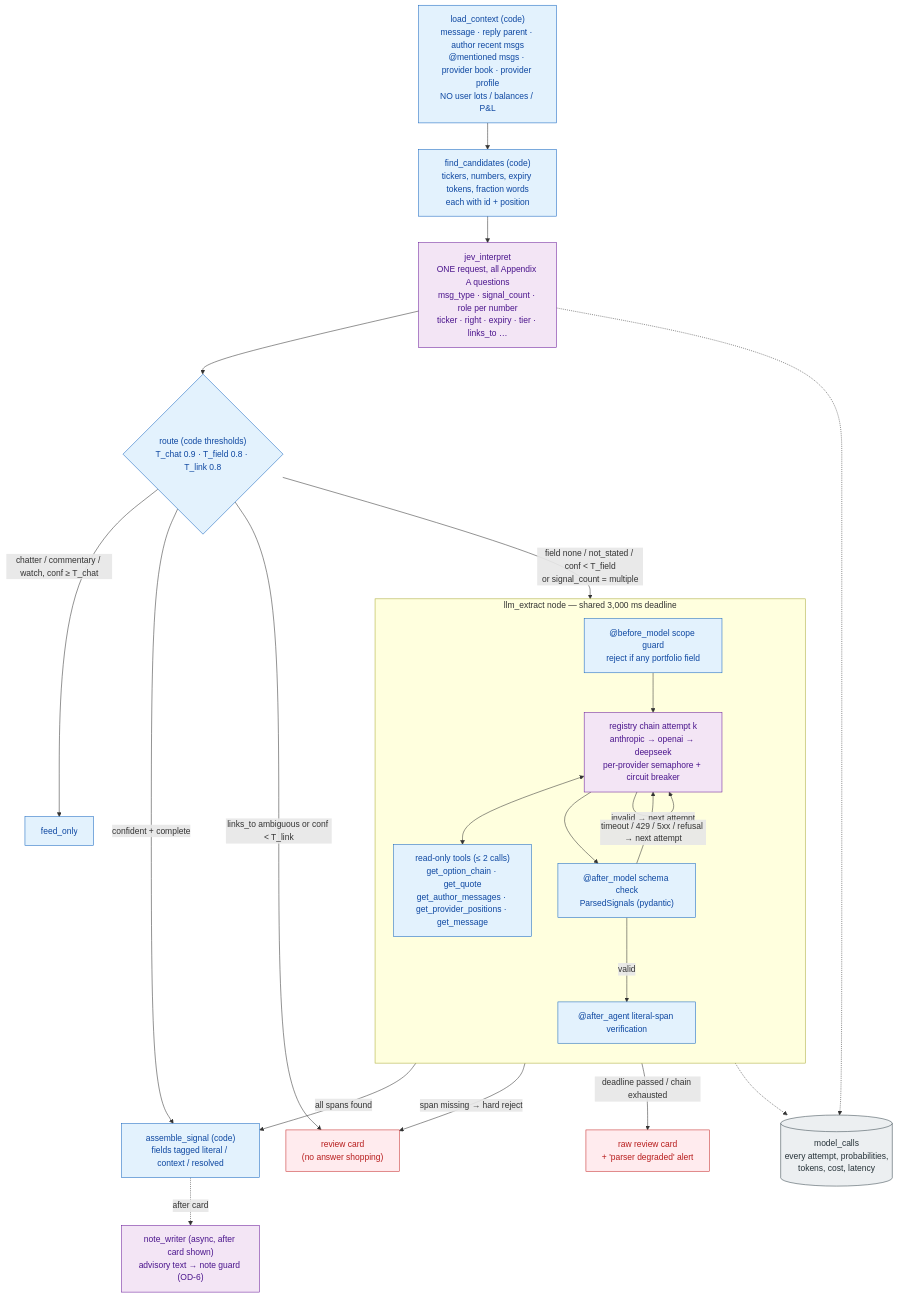
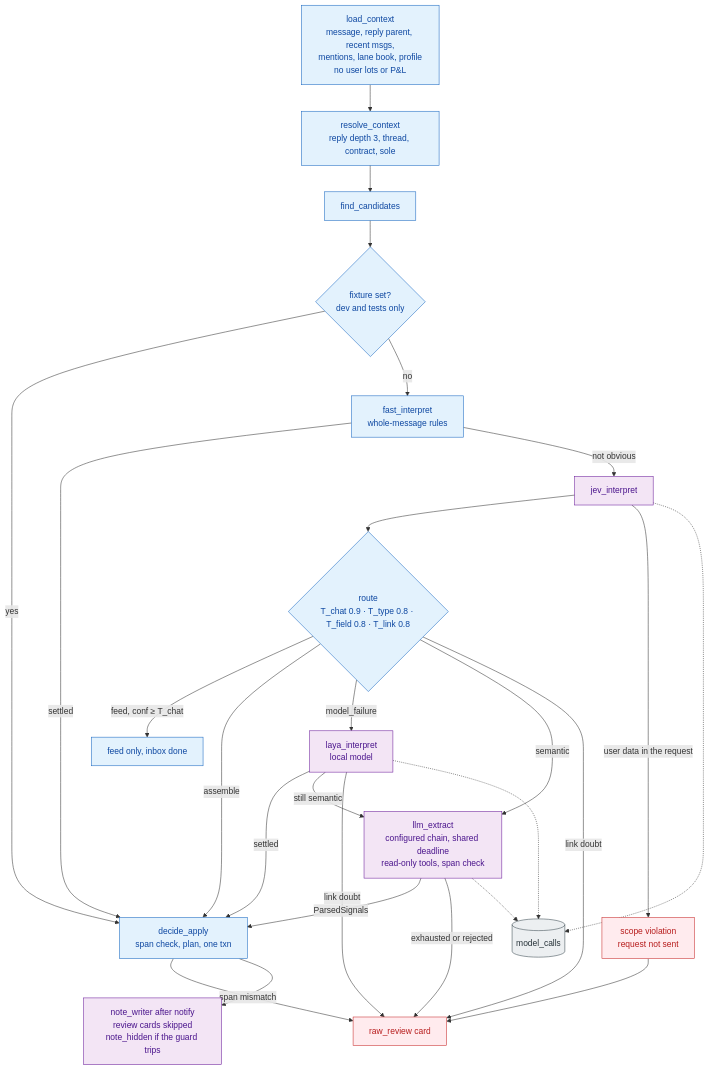
Before and after one commit to idolrun/trading-agent: the third of 4 diagrams in docs/diagrams/02-component-architecture.md, drawn with Mermaid. The commit also changed other lines of this file and 131 other files, not shown here.

First line of the commit message:
docs: update architecture and data flow diagrams for clarity and consistency

````diff
--- a/docs/diagrams/02-component-architecture.md
+++ b/docs/diagrams/02-component-architecture.md
@@ -252,46 +268,47 @@
 ```mermaid
 flowchart TB
     classDef code fill:#e3f2fd,stroke:#1565c0,color:#0d47a1
     classDef model fill:#f3e5f5,stroke:#6a1b9a,color:#4a148c
     classDef fail fill:#ffebee,stroke:#c62828,color:#b71c1c
     classDef store fill:#eceff1,stroke:#37474f,color:#263238
 
-    CTX["load_context (code)<br/>message · reply parent · author recent msgs<br/>@mentioned msgs · provider book · provider profile<br/>NO user lots / balances / P&L"]:::code
-    CAND["find_candidates (code)<br/>tickers, numbers, expiry tokens, fraction words<br/>each with id + position"]:::code
-    JEV["jev_interpret<br/>ONE request, all Appendix A questions<br/>msg_type · signal_count · role per number<br/>ticker · right · expiry · tier · links_to …"]:::model
-    ROUTE{"route (code thresholds)<br/>T_chat 0.9 · T_field 0.8 · T_link 0.8"}:::code
+    CTX["load_context<br/>message, reply parent, recent msgs,<br/>mentions, lane book, profile<br/>no user lots or P&L"]:::code
+    RES["resolve_context<br/>reply depth 3, thread, contract, sole"]:::code
+    CAND["find_candidates"]:::code
+    FIX{"fixture set?<br/>dev and tests only"}:::code
+    FAST["fast_interpret<br/>whole-message rules"]:::code
+    JEV["jev_interpret"]:::model
+    ROUTE{"route<br/>T_chat 0.9 · T_type 0.8 · T_field 0.8 · T_link 0.8"}:::code
 
-    subgraph SLOW["llm_extract node — shared 3,000 ms deadline"]
-        direction TB
-        SG["@before_model scope guard<br/>reject if any portfolio field"]:::code
-        CHAIN["registry chain attempt k<br/>anthropic → openai → deepseek<br/>per-provider semaphore + circuit breaker"]:::model
-        TOOLS["read-only tools (≤ 2 calls)<br/>get_option_chain · get_quote<br/>get_author_messages · get_provider_positions · get_message"]:::code
-        SCHEMA["@after_model schema check<br/>ParsedSignals (pydantic)"]:::code
-        SPAN["@after_agent literal-span verification"]:::code
-        SG --> CHAIN
-        CHAIN <--> TOOLS
-        CHAIN --> SCHEMA
-        SCHEMA -->|"valid"| SPAN
-        SCHEMA -->|"invalid → next attempt"| CHAIN
-        CHAIN -->|"timeout / 429 / 5xx / refusal → next attempt"| CHAIN
-    end
+    LAYA["laya_interpret<br/>local model"]:::model
+    LLM["llm_extract<br/>configured chain, shared deadline<br/>read-only tools, span check"]:::model
+    SCOPE["scope violation<br/>request not sent"]:::fail
 
-    ASM["assemble_signal (code)<br/>fields tagged literal / context / resolved"]:::code
-    FEED["feed_only"]:::code
-    REVIEW["review card<br/>(no answer shopping)"]:::fail
-    RAW["raw review card<br/>+ 'parser degraded' alert"]:::fail
-    MC[("model_calls<br/>every attempt, probabilities,<br/>tokens, cost, latency")]:::store
-    NOTE["note_writer (async, after card shown)<br/>advisory text → note guard (OD-6)"]:::model
+    APPLY["decide_apply<br/>span check, plan, one txn"]:::code
+    RAW["raw_review card"]:::fail
+    FEED["feed only, inbox done"]:::code
+    MC[("model_calls")]:::store
+    NOTE["note_writer after notify<br/>review cards skipped<br/>note_hidden if the guard trips"]:::model
 
-    CTX --> CAND --> JEV --> ROUTE
-    ROUTE -->|"chatter / commentary / watch, conf ≥ T_chat"| FEED
-    ROUTE -->|"confident + complete"| ASM
-    ROUTE -->|"field none / not_stated / conf < T_field<br/>or signal_count = multiple"| SG
-    ROUTE -->|"links_to ambiguous or conf < T_link"| REVIEW
-    SPAN -->|"all spans found"| ASM
-    SPAN -->|"span missing → hard reject"| REVIEW
-    CHAIN -->|"deadline passed / chain exhausted"| RAW
+    CTX --> RES --> CAND --> FIX
+    FIX -->|"yes"| APPLY
+    FIX -->|"no"| FAST
+    FAST -->|"settled"| APPLY
+    FAST -->|"not obvious"| JEV --> ROUTE
+    ROUTE -->|"feed, conf ≥ T_chat"| FEED
+    ROUTE -->|"assemble"| APPLY
+    ROUTE -->|"model_failure"| LAYA
+    ROUTE -->|"semantic"| LLM
+    ROUTE -->|"link doubt"| RAW
+    LAYA -->|"settled"| APPLY
+    LAYA -->|"still semantic"| LLM
+    LAYA -->|"link doubt"| RAW
+    LLM -->|"ParsedSignals"| APPLY
+    LLM -->|"exhausted or rejected"| RAW
+    JEV -->|"user data in the request"| SCOPE --> RAW
+    APPLY -->|"span mismatch"| RAW
+    APPLY --> NOTE
     JEV -.-> MC
-    CHAIN -.-> MC
-    ASM -.->|"after card"| NOTE
+    LAYA -.-> MC
+    LLM -.-> MC
 ```
````
